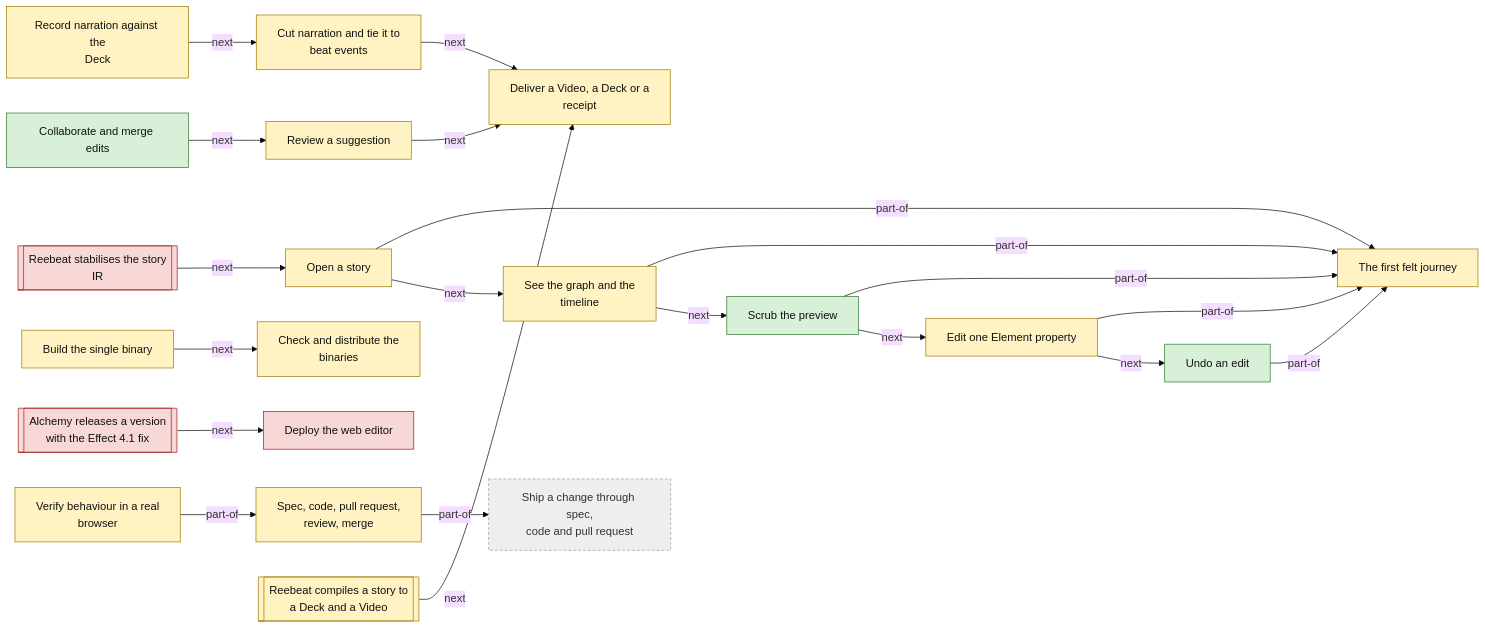
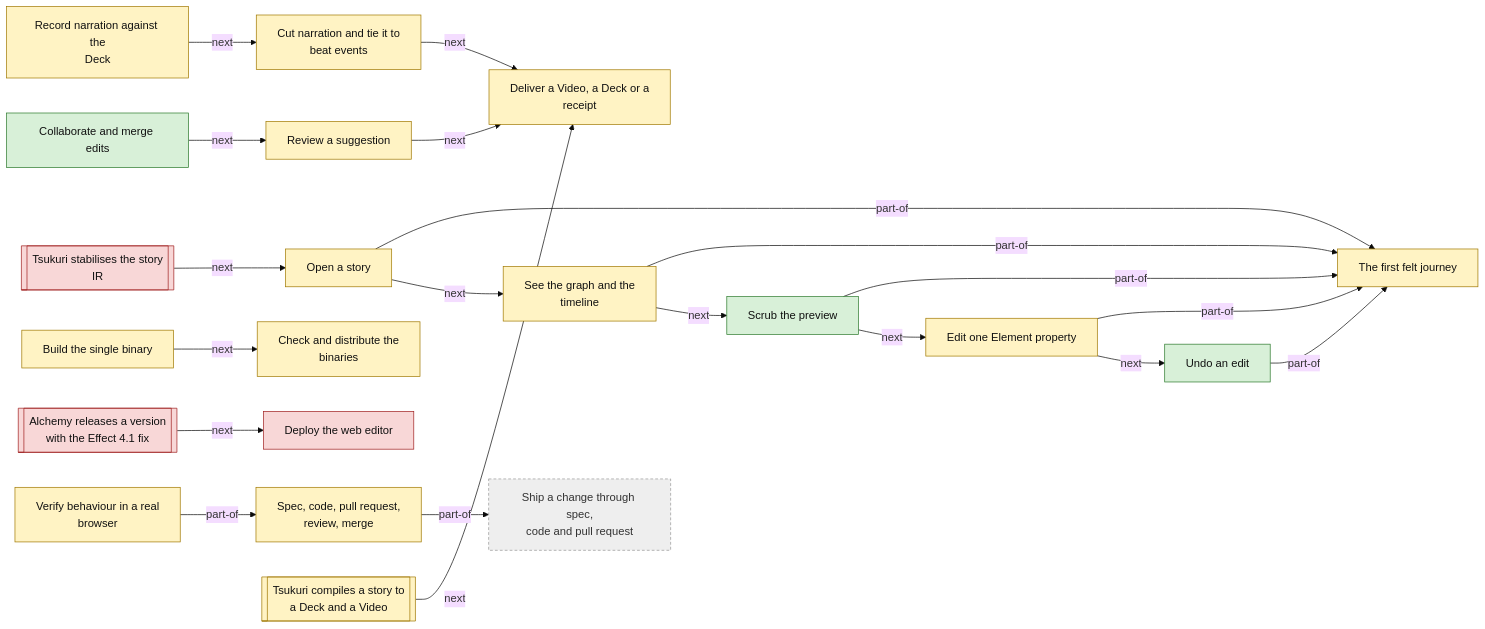
One commit to reebeat/.github changed the second of 2 diagrams in docs/products/studio.md. Above: the diagram before and after it, drawn with Mermaid (base theme). The commit also changed other lines of this file and 71 other files, not shown here.

First line of the commit message:
chore: rename reebeat to tsukuri (spec 0003)

````diff
--- a/docs/products/studio.md
+++ b/docs/products/studio.md
@@ -232,46 +232,46 @@
 ```mermaid
 flowchart LR
     classDef decided fill:#d8f0d8,stroke:#2d7a2d,color:#111
     classDef proposed fill:#fff3c4,stroke:#a07800,color:#111
     classDef open fill:#f8d7d7,stroke:#a02020,color:#111
     classDef outside fill:#eee,stroke:#999,color:#333,stroke-dasharray:4 3
     process_studio_first_journey["The first felt journey"]:::proposed
     process_studio_open_story["Open a story"]:::proposed
     process_studio_inspect_story["See the graph and the<br/>timeline"]:::proposed
     process_studio_scrub_preview["Scrub the preview"]:::decided
     process_studio_edit_property["Edit one Element property"]:::proposed
     process_studio_undo_edit["Undo an edit"]:::decided
     process_studio_record_narration["Record narration against the<br/>Deck"]:::proposed
     process_studio_cut_narration["Cut narration and tie it to<br/>beat events"]:::proposed
     process_studio_collaborate_merge["Collaborate and merge edits"]:::decided
     process_studio_review_suggestion["Review a suggestion"]:::proposed
     process_studio_deliver["Deliver a Video, a Deck or a<br/>receipt"]:::proposed
     process_studio_build_binary["Build the single binary"]:::proposed
     process_studio_distribute_binary["Check and distribute the<br/>binaries"]:::proposed
     process_studio_deploy_web["Deploy the web editor"]:::open
     process_studio_pr_review_loop["Spec, code, pull request,<br/>review, merge"]:::proposed
     process_studio_verify_journey["Verify behaviour in a real<br/>browser"]:::proposed
-    extproc_studio_reebeat_ir_stable[["Reebeat stabilises the story<br/>IR"]]:::open
-    extproc_studio_reebeat_compile[["Reebeat compiles a story to<br/>a Deck and a Video"]]:::proposed
+    extproc_studio_tsukuri_ir_stable[["Tsukuri stabilises the story<br/>IR"]]:::open
+    extproc_studio_tsukuri_compile[["Tsukuri compiles a story to<br/>a Deck and a Video"]]:::proposed
     extproc_studio_alchemy_release[["Alchemy releases a version<br/>with the Effect 4.1 fix"]]:::open
     process_org_ship_change["Ship a change through spec,<br/>code and pull request"]:::outside
     process_studio_open_story -->|part-of| process_studio_first_journey
     process_studio_open_story -->|next| process_studio_inspect_story
     process_studio_inspect_story -->|part-of| process_studio_first_journey
     process_studio_inspect_story -->|next| process_studio_scrub_preview
     process_studio_scrub_preview -->|part-of| process_studio_first_journey
     process_studio_scrub_preview -->|next| process_studio_edit_property
     process_studio_edit_property -->|part-of| process_studio_first_journey
     process_studio_edit_property -->|next| process_studio_undo_edit
     process_studio_undo_edit -->|part-of| process_studio_first_journey
     process_studio_record_narration -->|next| process_studio_cut_narration
     process_studio_cut_narration -->|next| process_studio_deliver
     process_studio_collaborate_merge -->|next| process_studio_review_suggestion
     process_studio_review_suggestion -->|next| process_studio_deliver
     process_studio_build_binary -->|next| process_studio_distribute_binary
     process_studio_pr_review_loop -->|part-of| process_org_ship_change
     process_studio_verify_journey -->|part-of| process_studio_pr_review_loop
-    extproc_studio_reebeat_ir_stable -->|next| process_studio_open_story
-    extproc_studio_reebeat_compile -->|next| process_studio_deliver
+    extproc_studio_tsukuri_ir_stable -->|next| process_studio_open_story
+    extproc_studio_tsukuri_compile -->|next| process_studio_deliver
     extproc_studio_alchemy_release -->|next| process_studio_deploy_web
 ```
````
